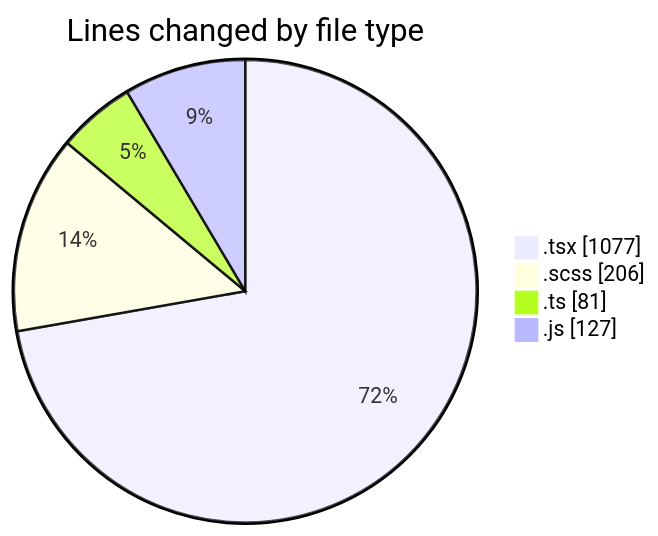
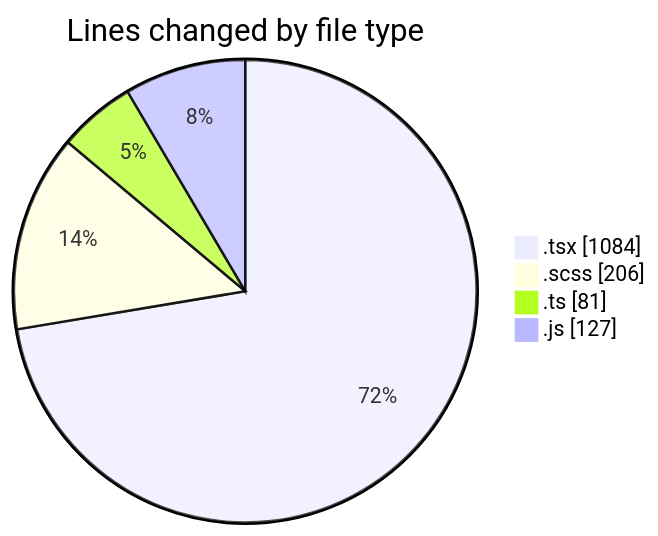
One commit to momahboobian/code-tracking changed the first of 2 diagrams in 2026-04-23/cda/README.md. Above: the diagram before and after it, drawn with Mermaid. The commit also changed other lines of this file and 1 other file, not shown here.

````diff
--- a/2026-04-23/cda/README.md
+++ b/2026-04-23/cda/README.md
@@ -29,8 +29,8 @@
 ```mermaid
 pie showData
 title Lines changed by file type
-".tsx" : 1077
+".tsx" : 1084
 ".scss" : 206
 ".ts" : 81
 ".js" : 127
 ```
````
